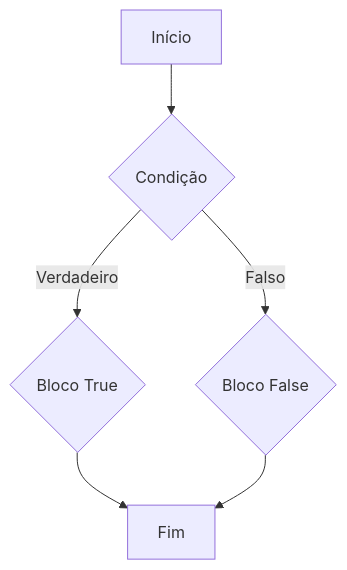
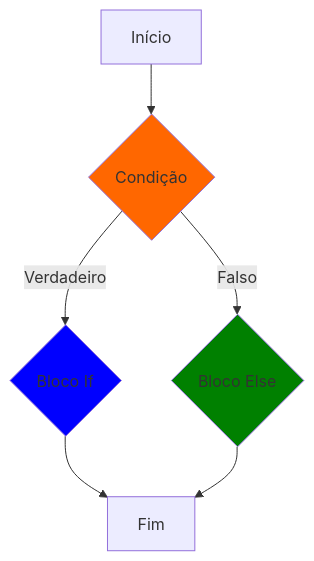
The diagram in C#/Basico/IfElse/README.md (F4NT0/CSharp_Dotnet), drawn with Mermaid before and after one commit. The commit also changed other lines of this file and 21 other files, not shown here.

````diff
--- a/C#/Basico/IfElse/README.md
+++ b/C#/Basico/IfElse/README.md
@@ -30,9 +42,11 @@
 ```mermaid
 graph TB
     start[Início] --> condição{Condição}
-    condição -- Verdadeiro --> blocoTrue{Bloco True}
+    condição -- Verdadeiro --> blocoTrue{Bloco If}
     blocoTrue --> fim[Fim]
-    condição -- Falso --> blocoFalse{Bloco False}
+    condição -- Falso --> blocoFalse{Bloco Else}
     blocoFalse --> fim[Fim]
-
+    style condição fill:#FF6700
+    style blocoTrue fill:#0000FF
+    style blocoFalse fill:#008000
 ```
````
